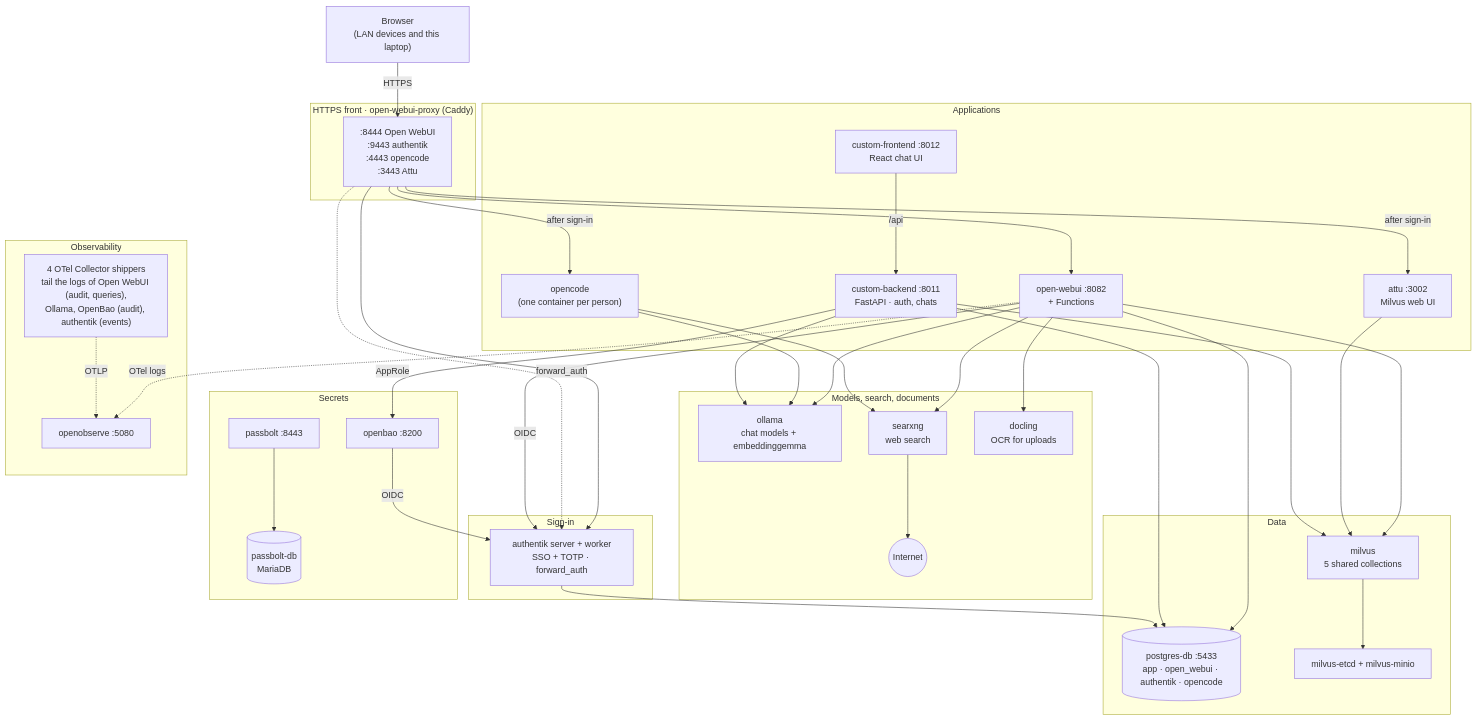
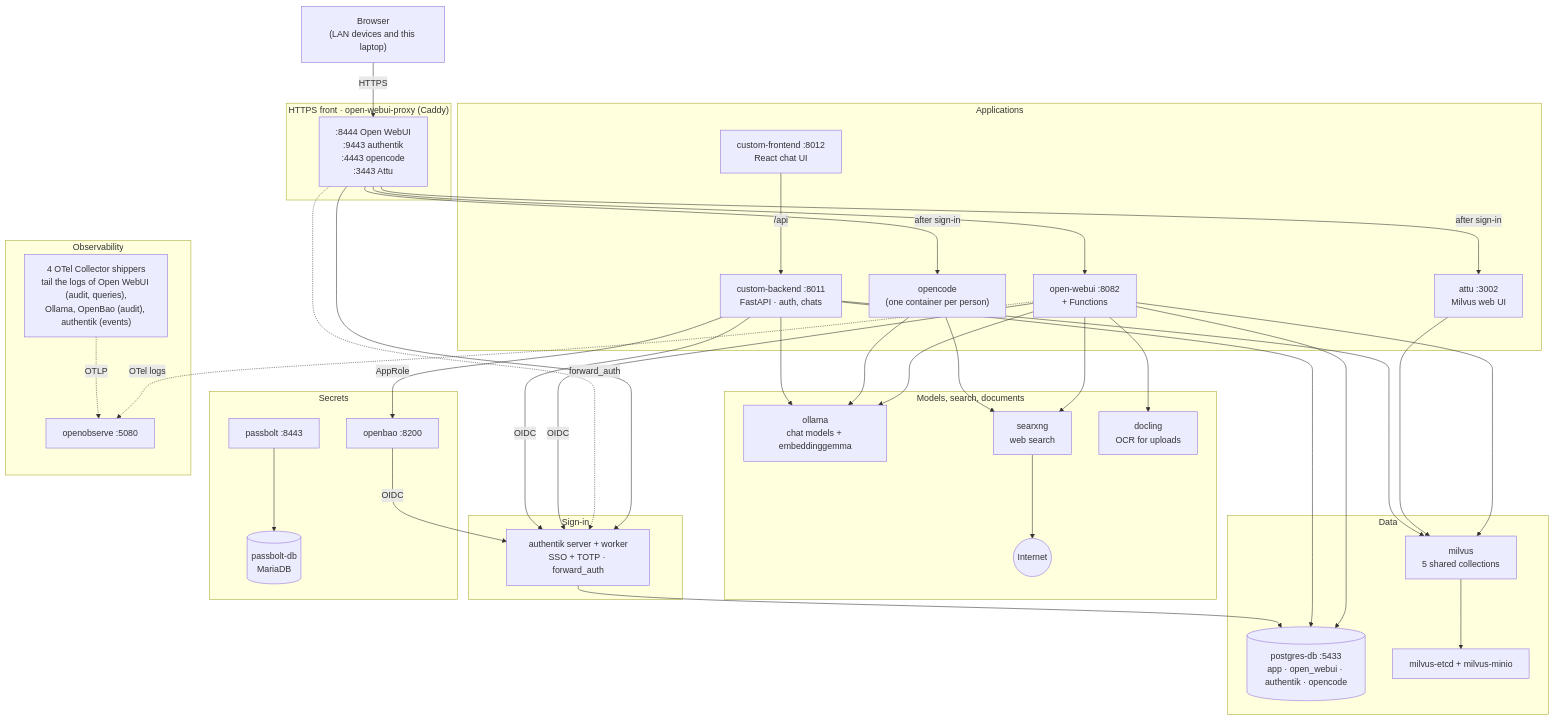
One commit to akshatz/laptop-ai-backend changed the diagram in README.md. Above: the diagram before and after it, drawn with Mermaid. The commit also changed other lines of this file and 23 other files, not shown here.

First line of the commit message:
custom-frontend: sign in through authentik; backend sessions

````diff
--- a/README.md
+++ b/README.md
@@ -7,65 +7,66 @@
 ```mermaid
 flowchart TB
     browser["Browser<br/>(LAN devices and this laptop)"]
 
     subgraph edge["HTTPS front · open-webui-proxy (Caddy)"]
         proxy[":8444 Open WebUI<br/>:9443 authentik<br/>:4443 opencode<br/>:3443 Attu"]
     end
 
     subgraph identity["Sign-in"]
         authentik["authentik server + worker<br/>SSO + TOTP · forward_auth"]
     end
 
     subgraph app["Applications"]
         webui["open-webui :8082<br/>+ Functions"]
         frontend["custom-frontend :8012<br/>React chat UI"]
         backend["custom-backend :8011<br/>FastAPI · auth, chats"]
         opencode["opencode<br/>(one container per person)"]
         attu["attu :3002<br/>Milvus web UI"]
     end
 
     subgraph ai["Models, search, documents"]
         ollama["ollama<br/>chat models + embeddinggemma"]
         searxng["searxng<br/>web search"]
         docling["docling<br/>OCR for uploads"]
         internet(("Internet"))
     end
 
     subgraph data["Data"]
         postgres[("postgres-db :5433<br/>app · open_webui · authentik · opencode")]
         milvus["milvus<br/>5 shared collections"]
         milvusDeps["milvus-etcd + milvus-minio"]
     end
 
     subgraph secrets["Secrets"]
         openbao["openbao :8200"]
         passbolt["passbolt :8443"]
         passboltDb[("passbolt-db<br/>MariaDB")]
     end
 
     subgraph obs["Observability"]
         shippers["4 OTel Collector shippers<br/>tail the logs of Open WebUI (audit, queries),<br/>Ollama, OpenBao (audit), authentik (events)"]
         openobserve["openobserve :5080"]
     end
 
     browser -- HTTPS --> proxy
     proxy --> webui & authentik
     proxy -- "after sign-in" --> opencode & attu
     proxy -. "forward_auth" .-> authentik
 
     webui -- OIDC --> authentik
     openbao -- OIDC --> authentik
     webui --> ollama & searxng & docling & milvus & postgres
     searxng --> internet
     opencode --> ollama & searxng
     attu --> milvus
     frontend -- "/api" --> backend
+    backend -- OIDC --> authentik
     backend --> ollama & milvus & postgres
     backend -- AppRole --> openbao
     authentik --> postgres
     milvus --> milvusDeps
     passbolt --> passboltDb
 
     webui -. "OTel logs" .-> openobserve
     shippers -. OTLP .-> openobserve
 ```
````
